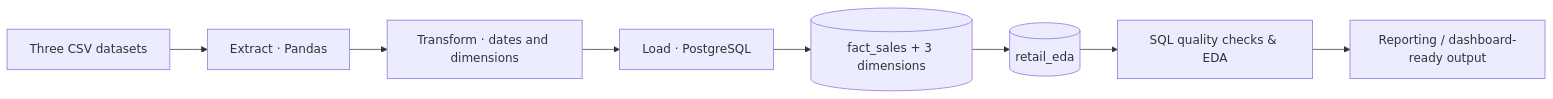
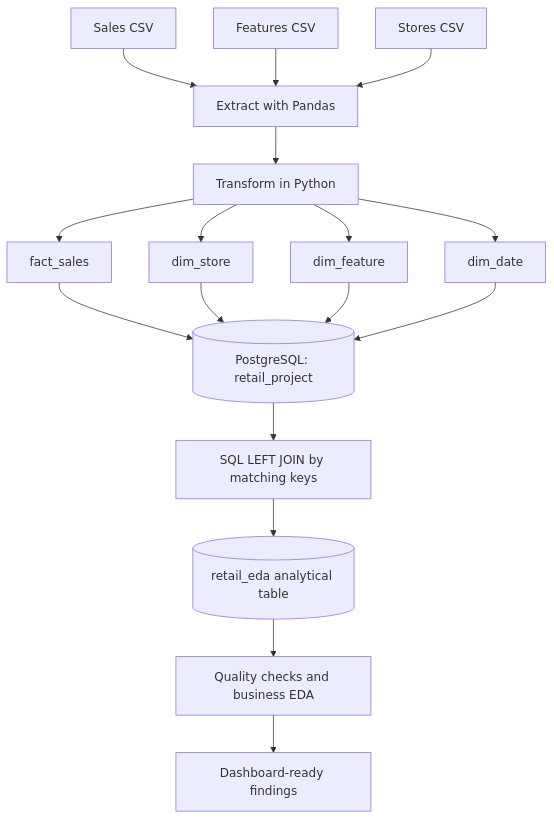
One commit to hasyadafhin/Retail-ETL-Project changed the diagram in README.md. Above: the diagram before and after it, drawn with Mermaid. The commit also changed other lines of this file, not shown here.

````diff
--- a/README.md
+++ b/README.md
@@ -43,10 +42,19 @@
 ```mermaid
-flowchart LR
-    A[Three CSV datasets] --> B[Extract · Pandas]
-    B --> C[Transform · dates and dimensions]
-    C --> D[Load · PostgreSQL]
-    D --> E[(fact_sales + 3 dimensions)]
-    E --> F[(retail_eda)]
-    F --> G[SQL quality checks & EDA]
-    G --> H[Reporting / dashboard-ready output]
+flowchart TD
+    A[Sales CSV] --> D[Extract with Pandas]
+    B[Features CSV] --> D
+    C[Stores CSV] --> D
+    D --> E[Transform in Python]
+    E --> F[fact_sales]
+    E --> G[dim_store]
+    E --> H[dim_feature]
+    E --> I[dim_date]
+    F --> J[(PostgreSQL: retail_project)]
+    G --> J
+    H --> J
+    I --> J
+    J --> K[SQL LEFT JOIN by matching keys]
+    K --> L[(retail_eda analytical table)]
+    L --> M[Quality checks and business EDA]
+    M --> N[Dashboard-ready findings]
 ```
````
